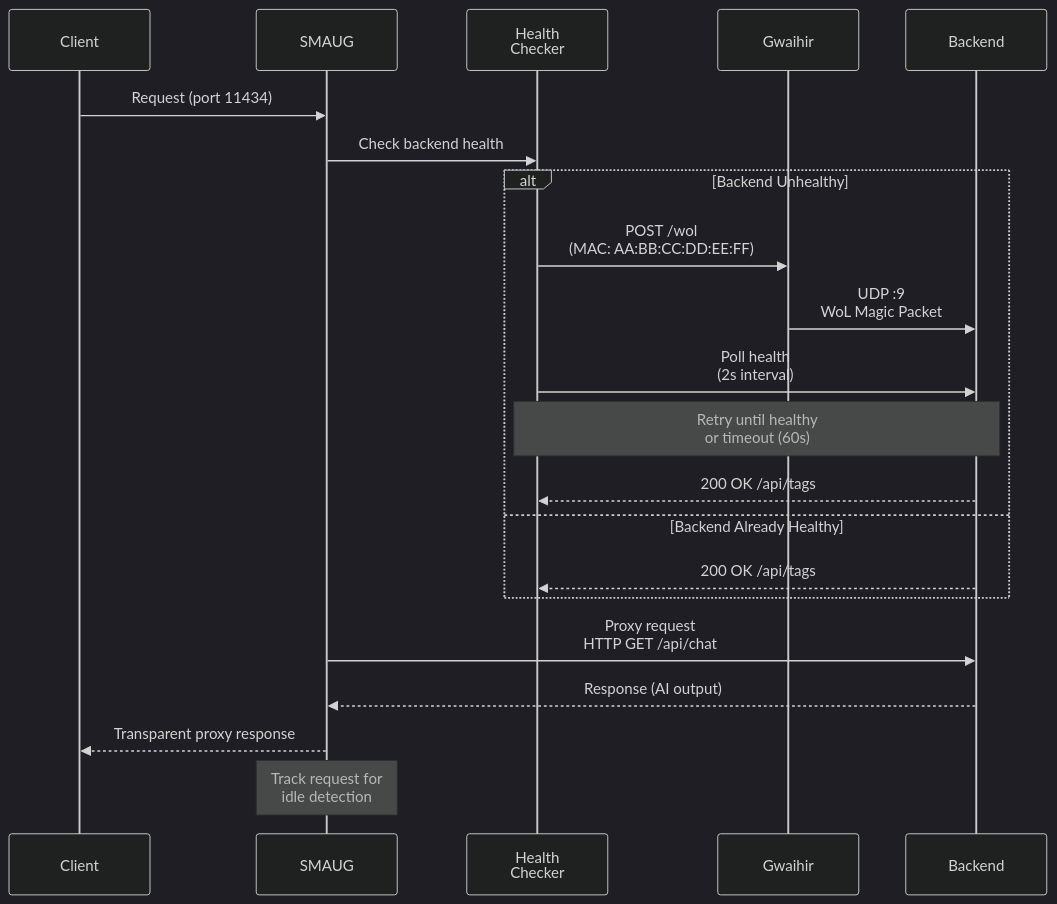
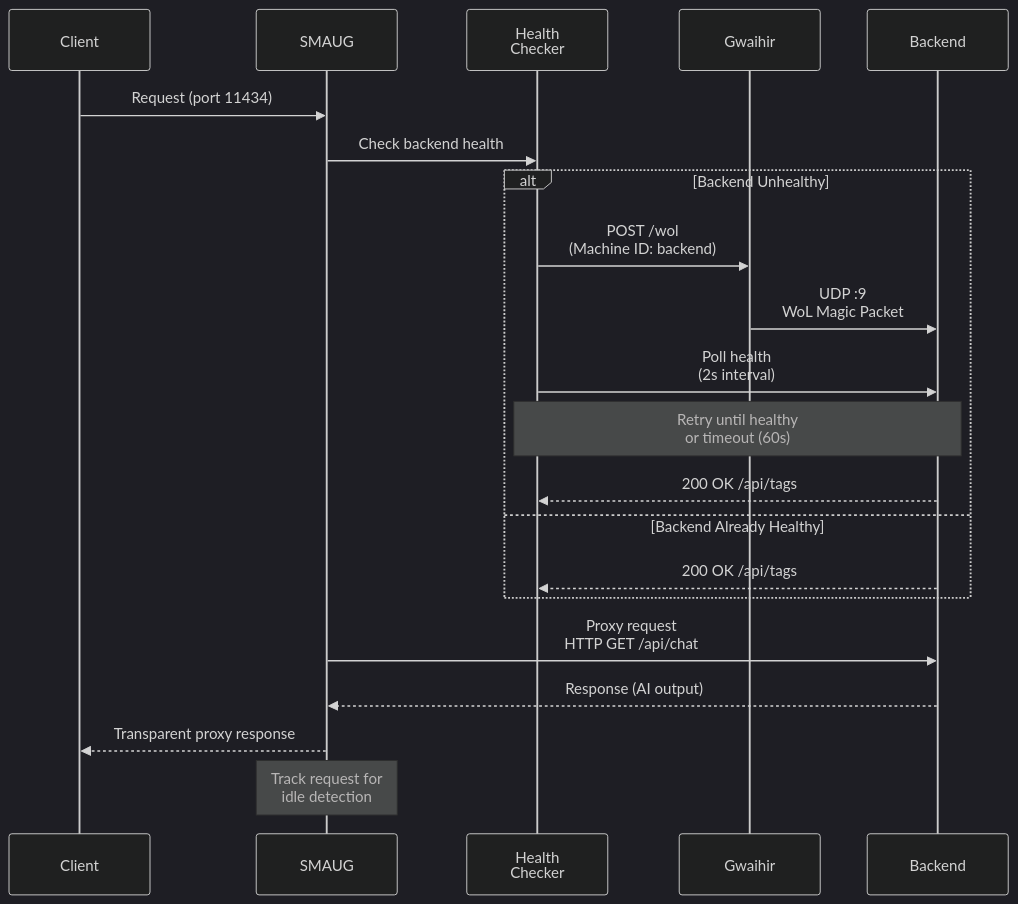
Before and after one commit to josimar-silva/smaug: the second of 3 diagrams in README.md, drawn with Mermaid (dark theme). The commit also changed other lines of this file and 10 other files, not shown here.

````diff
--- a/README.md
+++ b/README.md
@@ -120,27 +120,27 @@
 ```mermaid
 sequenceDiagram
     participant Client
     participant SMAUG
     participant HealthCheck as Health<br/>Checker
     participant Gwaihir
     participant Backend
     
     Client->>SMAUG: Request (port 11434)
     SMAUG->>HealthCheck: Check backend health
     
     alt Backend Unhealthy
-        HealthCheck->>Gwaihir: POST /wol<br/>(MAC: AA:BB:CC:DD:EE:FF)
+        HealthCheck->>Gwaihir: POST /wol<br/>(Machine ID: backend)
         Gwaihir->>Backend: UDP :9<br/>WoL Magic Packet
         HealthCheck->>Backend: Poll health<br/>(2s interval)
         Note over HealthCheck,Backend: Retry until healthy<br/>or timeout (60s)
         Backend-->>HealthCheck: 200 OK /api/tags
     else Backend Already Healthy
         Backend-->>HealthCheck: 200 OK /api/tags
     end
     
     SMAUG->>Backend: Proxy request<br/>HTTP GET /api/chat
     Backend-->>SMAUG: Response (AI output)
     SMAUG-->>Client: Transparent proxy response
     
     Note over SMAUG: Track request for<br/>idle detection
 ```
````
